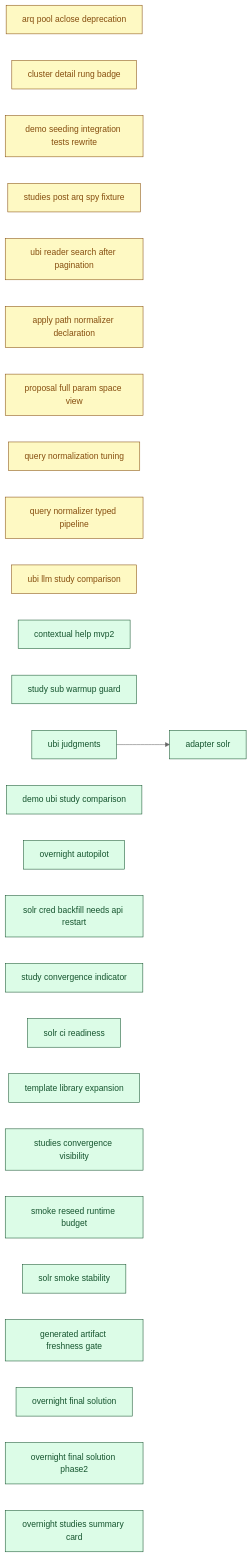
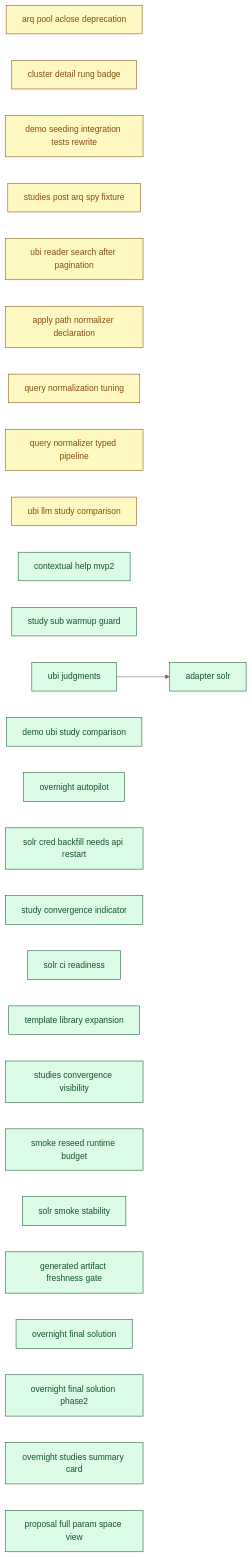
The diagram in docs/00_overview/MVP2_DASHBOARD.md (SoundMindsAI/relyloop), drawn with Mermaid (neutral theme) before and after one commit. The commit also changed other lines of this file and 11 other files, not shown here.

First line of the commit message:
docs: finalize feat_proposal_full_param_space_view (PR #446 merged) + phase3 idea preflight (#447)

````diff
--- a/docs/00_overview/MVP2_DASHBOARD.md
+++ b/docs/00_overview/MVP2_DASHBOARD.md
@@ -114,63 +114,63 @@
 ```mermaid
 graph LR
   classDef done fill:#dcfce7,stroke:#14532d,color:#14532d;
   classDef implement fill:#ffedd5,stroke:#9a3412,color:#9a3412;
   classDef plan fill:#fef9c3,stroke:#854d0e,color:#854d0e;
   classDef spec fill:#dbeafe,stroke:#1e40af,color:#1e40af;
   classDef idea fill:#f1f5f9,stroke:#334155,color:#334155;
   chore_arq_pool_aclose_deprecation["arq pool aclose deprecation"]
   class chore_arq_pool_aclose_deprecation plan;
   chore_cluster_detail_rung_badge["cluster detail rung badge"]
   class chore_cluster_detail_rung_badge plan;
   chore_demo_seeding_integration_tests_rewrite["demo seeding integration tests rewrite"]
   class chore_demo_seeding_integration_tests_rewrite plan;
   chore_studies_post_arq_spy_fixture["studies post arq spy fixture"]
   class chore_studies_post_arq_spy_fixture plan;
   chore_ubi_reader_search_after_pagination["ubi reader search after pagination"]
   class chore_ubi_reader_search_after_pagination plan;
   feat_apply_path_normalizer_declaration["apply path normalizer declaration"]
   class feat_apply_path_normalizer_declaration plan;
-  feat_proposal_full_param_space_view["proposal full param space view"]
-  class feat_proposal_full_param_space_view plan;
   feat_query_normalization_tuning["query normalization tuning"]
   class feat_query_normalization_tuning plan;
   feat_query_normalizer_typed_pipeline["query normalizer typed pipeline"]
   class feat_query_normalizer_typed_pipeline plan;
   feat_ubi_llm_study_comparison["ubi llm study comparison"]
   class feat_ubi_llm_study_comparison plan;
   feat_contextual_help_mvp2["contextual help mvp2"]
   class feat_contextual_help_mvp2 done;
   feat_study_sub_warmup_guard["study sub warmup guard"]
   class feat_study_sub_warmup_guard done;
   feat_ubi_judgments["ubi judgments"]
   class feat_ubi_judgments done;
   feat_demo_ubi_study_comparison["demo ubi study comparison"]
   class feat_demo_ubi_study_comparison done;
   feat_overnight_autopilot["overnight autopilot"]
   class feat_overnight_autopilot done;
   infra_adapter_solr["adapter solr"]
   class infra_adapter_solr done;
   chore_solr_cred_backfill_needs_api_restart["solr cred backfill needs api restart"]
   class chore_solr_cred_backfill_needs_api_restart done;
   feat_study_convergence_indicator["study convergence indicator"]
   class feat_study_convergence_indicator done;
   infra_solr_ci_readiness["solr ci readiness"]
   class infra_solr_ci_readiness done;
   chore_template_library_expansion["template library expansion"]
   class chore_template_library_expansion done;
   feat_studies_convergence_visibility["studies convergence visibility"]
   class feat_studies_convergence_visibility done;
   infra_smoke_reseed_runtime_budget["smoke reseed runtime budget"]
   class infra_smoke_reseed_runtime_budget done;
   infra_solr_smoke_stability["solr smoke stability"]
   class infra_solr_smoke_stability done;
   infra_generated_artifact_freshness_gate["generated artifact freshness gate"]
   class infra_generated_artifact_freshness_gate done;
   feat_overnight_final_solution["overnight final solution"]
   class feat_overnight_final_solution done;
   feat_overnight_final_solution_phase2["overnight final solution phase2"]
   class feat_overnight_final_solution_phase2 done;
   feat_overnight_studies_summary_card["overnight studies summary card"]
   class feat_overnight_studies_summary_card done;
+  feat_proposal_full_param_space_view["proposal full param space view"]
+  class feat_proposal_full_param_space_view done;
   feat_ubi_judgments --> infra_adapter_solr
 ```
````
